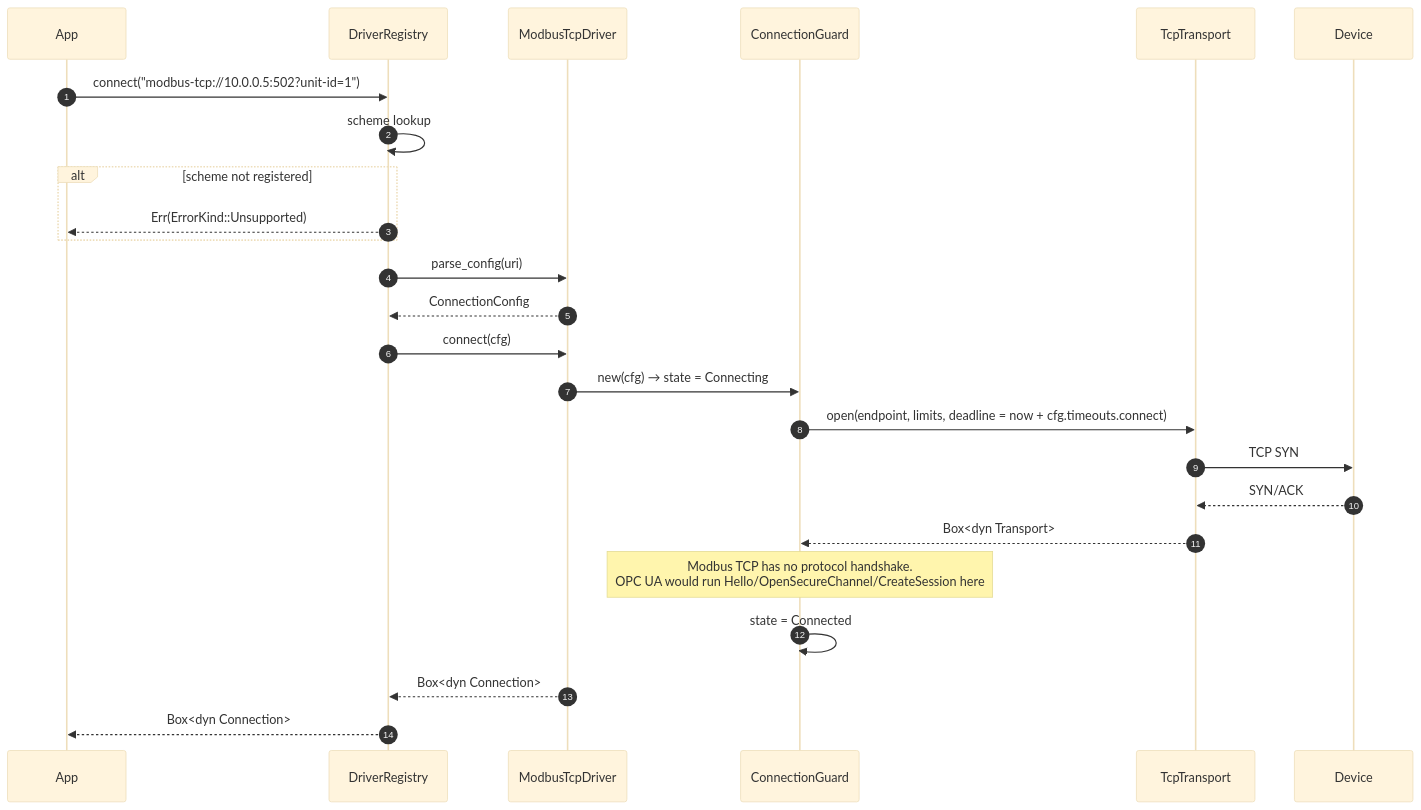
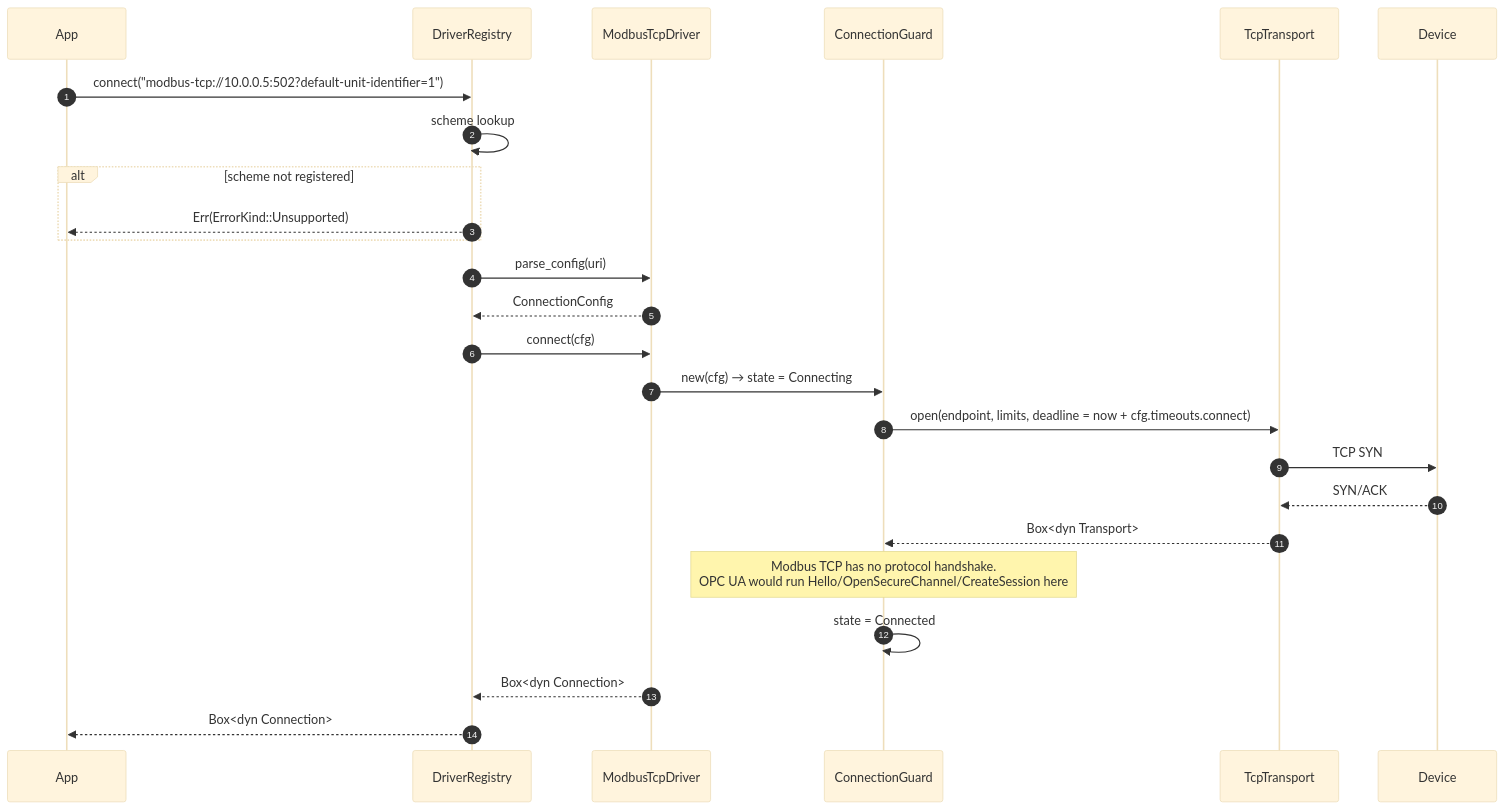
Before and after one commit to TheMadBotterINC/stonecrab: diagram 15 of 21 in docs/ARCHITECTURE.md, drawn with Mermaid (base theme). The commit also changed other lines of this file and 61 other files, not shown here.

````diff
--- a/docs/ARCHITECTURE.md
+++ b/docs/ARCHITECTURE.md
@@ -1639,28 +2070,28 @@
 ```mermaid
 sequenceDiagram
     autonumber
     participant App
     participant Reg as DriverRegistry
     participant Drv as ModbusTcpDriver
     participant Guard as ConnectionGuard
     participant T as TcpTransport
     participant Dev as Device
 
-    App->>Reg: connect("modbus-tcp://10.0.0.5:502?unit-id=1")
+    App->>Reg: connect("modbus-tcp://10.0.0.5:502?default-unit-identifier=1")
     Reg->>Reg: scheme lookup
     alt scheme not registered
         Reg-->>App: Err(ErrorKind::Unsupported)
     end
     Reg->>Drv: parse_config(uri)
     Drv-->>Reg: ConnectionConfig
     Reg->>Drv: connect(cfg)
     Drv->>Guard: new(cfg) → state = Connecting
     Guard->>T: open(endpoint, limits, deadline = now + cfg.timeouts.connect)
     T->>Dev: TCP SYN
     Dev-->>T: SYN/ACK
     T-->>Guard: Box<dyn Transport>
     Note over Guard: Modbus TCP has no protocol handshake.<br/>OPC UA would run Hello/OpenSecureChannel/CreateSession here
     Guard->>Guard: state = Connected
     Drv-->>Reg: Box<dyn Connection>
     Reg-->>App: Box<dyn Connection>
 ```
````
